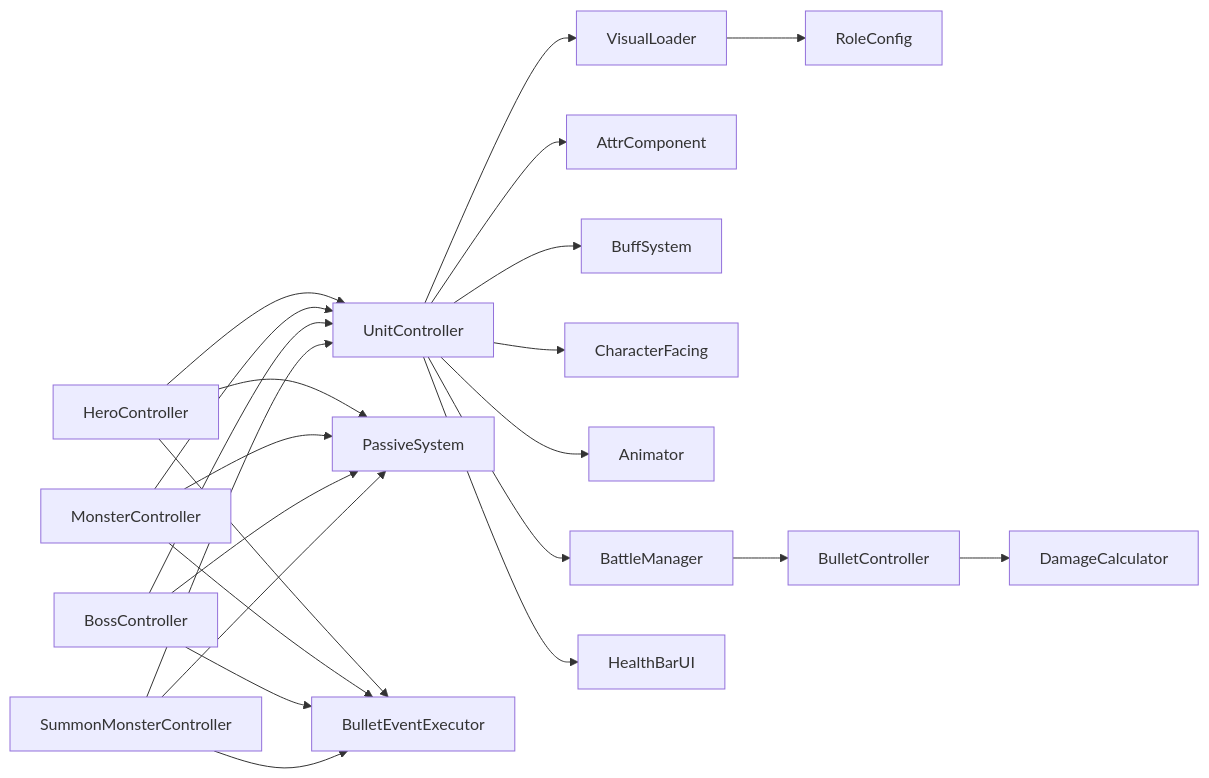
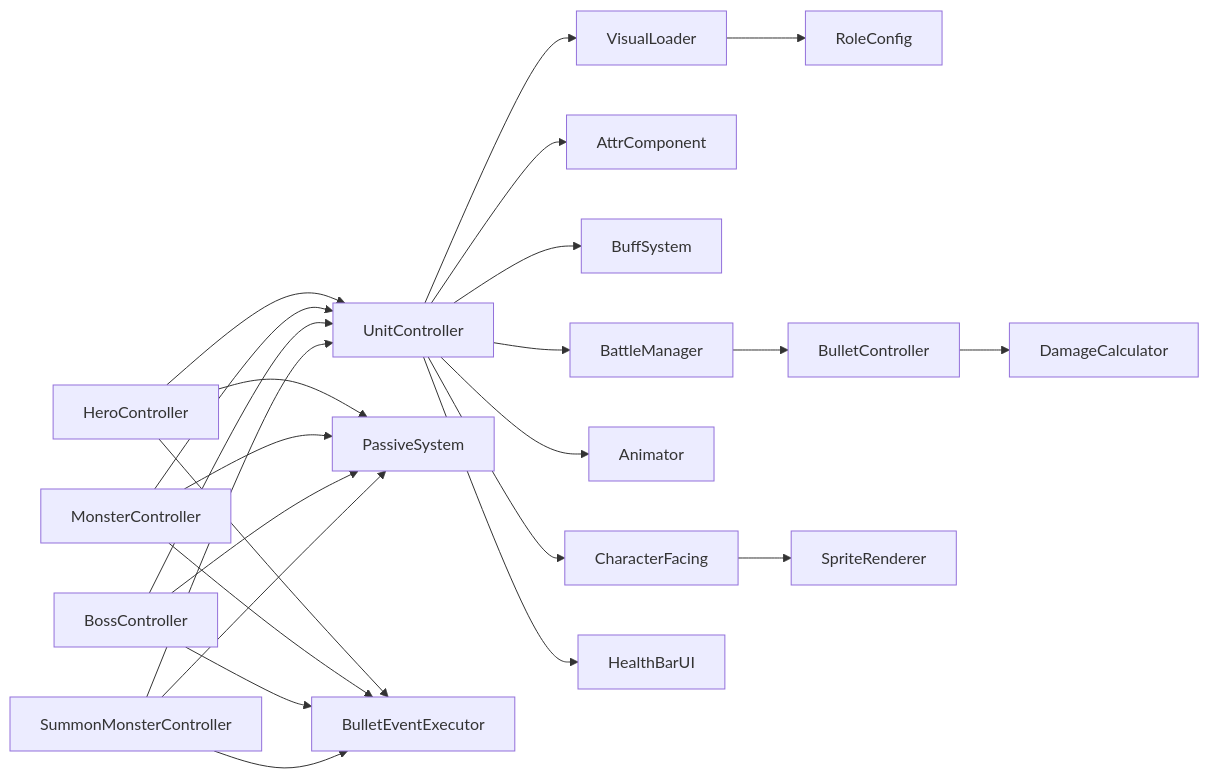
The seventh of 7 diagrams in .qoder/repowiki/zh/content/战斗系统/角色控制器/角色控制器.md (Tuusen/p1_client), drawn with Mermaid before and after one commit. The commit also changed other lines of this file and 9 other files, not shown here.

````diff
--- a/.qoder/repowiki/zh/content/战斗系统/角色控制器/角色控制器.md
+++ b/.qoder/repowiki/zh/content/战斗系统/角色控制器/角色控制器.md
@@ -620,25 +657,26 @@
 ```mermaid
 graph LR
 UC["UnitController"] --> BM["BattleManager"]
 UC --> AC["AttrComponent"]
 UC --> BS["BuffSystem"]
 UC --> CF["CharacterFacing"]
 UC --> AN["Animator"]
 UC --> VL["VisualLoader"]
 UC --> HPB["HealthBarUI"]
 VL --> RC["RoleConfig"]
 HC["HeroController"] --> UC
 MC["MonsterController"] --> UC
 BC["BossController"] --> UC
 SM["SummonMonsterController"] --> UC
 HC --> PS["PassiveSystem"]
 MC --> PS
 BC --> PS
 SM --> PS
 BM --> BLT["BulletController"]
 BLT --> DMG["DamageCalculator"]
 HC --> BE["BulletEventExecutor"]
 MC --> BE
 BC --> BE
 SM --> BE
+CF --> SR["SpriteRenderer"]
 ```
````
